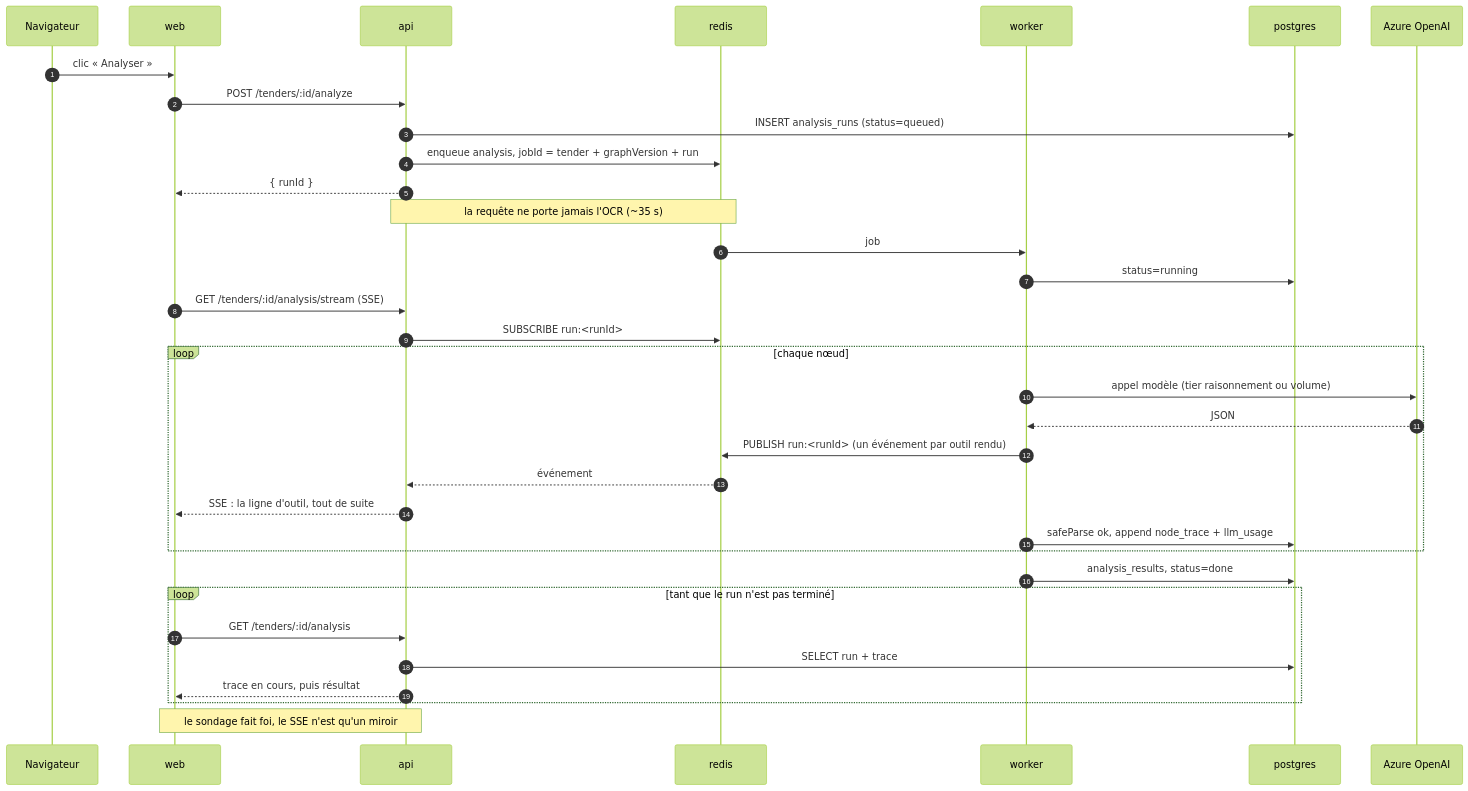
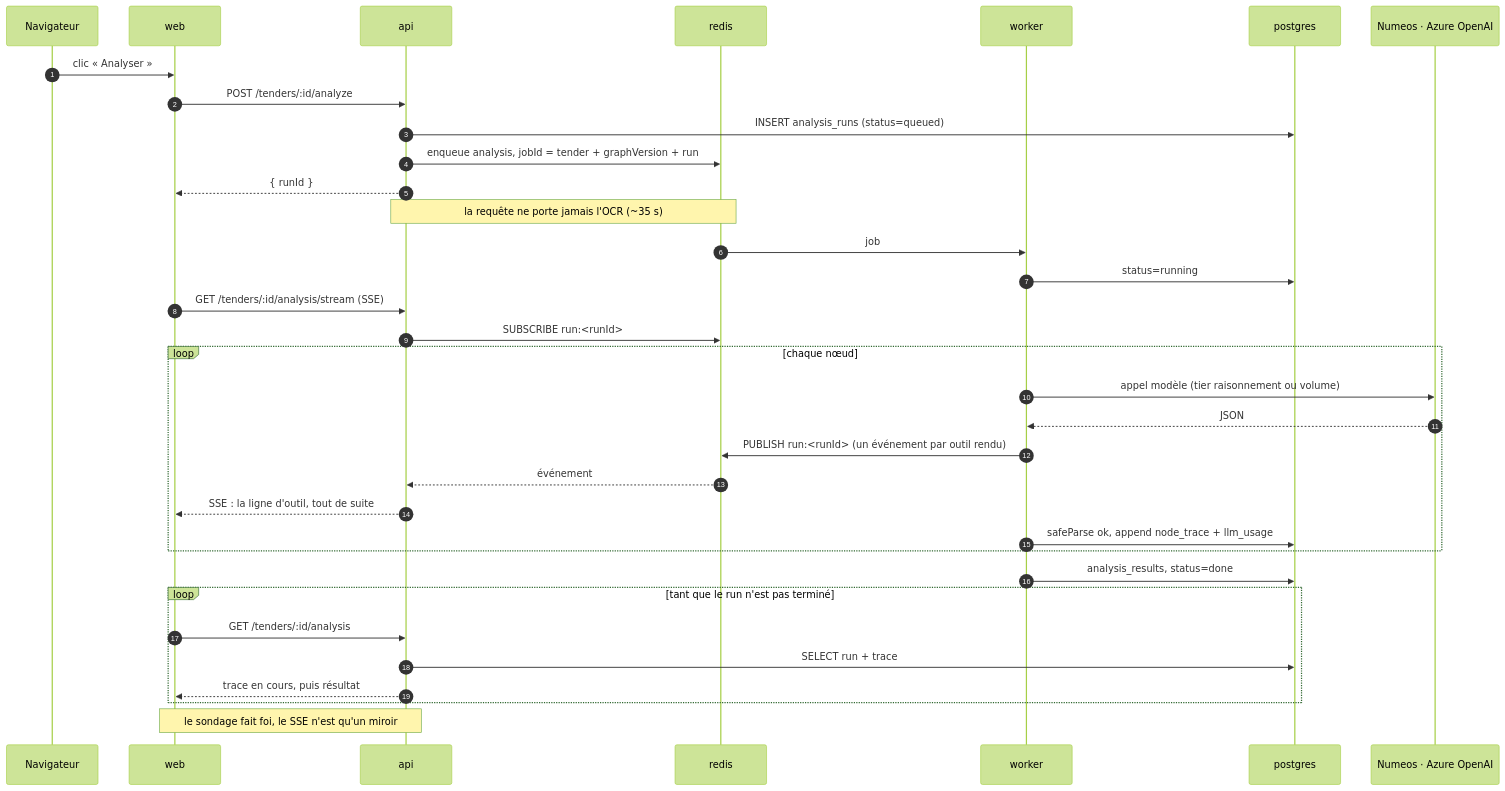
One commit to abdel-oue/TenderPilot changed the fifth of 9 diagrams in docs/diagrams.md. Above: the diagram before and after it, drawn with Mermaid (forest theme). The commit also changed other lines of this file and 10 other files, not shown here.

````diff
--- a/docs/diagrams.md
+++ b/docs/diagrams.md
@@ -156,39 +158,39 @@
 ```mermaid
 sequenceDiagram
   autonumber
   participant U as Navigateur
   participant W as web
   participant A as api
   participant R as redis
   participant K as worker
   participant P as postgres
-  participant L as Azure OpenAI
+  participant L as Numeos · Azure OpenAI
 
   U->>W: clic « Analyser »
   W->>A: POST /tenders/:id/analyze
   A->>P: INSERT analysis_runs (status=queued)
   A->>R: enqueue analysis, jobId = tender + graphVersion + run
   A-->>W: { runId }
   Note over A,R: la requête ne porte jamais l'OCR (~35 s)
 
   R->>K: job
   K->>P: status=running
   W->>A: GET /tenders/:id/analysis/stream (SSE)
   A->>R: SUBSCRIBE run:<runId>
   loop chaque nœud
     K->>L: appel modèle (tier raisonnement ou volume)
     L-->>K: JSON
     K->>R: PUBLISH run:<runId> (un événement par outil rendu)
     R-->>A: événement
     A-->>W: SSE : la ligne d'outil, tout de suite
     K->>P: safeParse ok, append node_trace + llm_usage
   end
   K->>P: analysis_results, status=done
 
   loop tant que le run n'est pas terminé
     W->>A: GET /tenders/:id/analysis
     A->>P: SELECT run + trace
     A-->>W: trace en cours, puis résultat
   end
   Note over W,A: le sondage fait foi, le SSE n'est qu'un miroir
 ```
````
